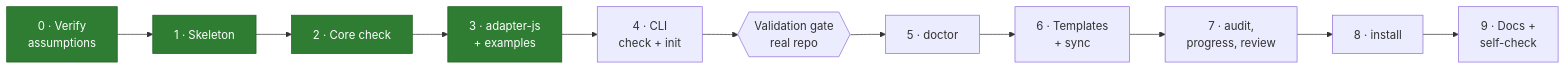
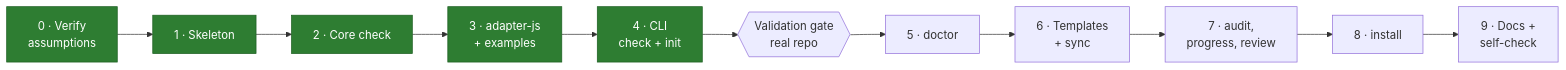
One commit to fredarcito/reins changed the ninth of 9 diagrams in README.md. Above: the diagram before and after it, drawn with Mermaid. The commit also changed other lines of this file and 27 other files, not shown here.

````diff
--- a/README.md
+++ b/README.md
@@ -302,8 +340,8 @@
 ```mermaid
 flowchart LR
     p0["0 · Verify<br/>assumptions"]:::done --> p1["1 · Skeleton"]:::done
-    p1 --> p2["2 · Core check"]:::done --> p3["3 · adapter-js<br/>+ examples"]:::done --> p4["4 · CLI<br/>check + init"]
+    p1 --> p2["2 · Core check"]:::done --> p3["3 · adapter-js<br/>+ examples"]:::done --> p4["4 · CLI<br/>check + init"]:::done
     p4 --> gate{{"Validation gate<br/>real repo"}}
     gate --> p5["5 · doctor"] --> p6["6 · Templates<br/>+ sync"] --> p7["7 · audit,<br/>progress, review"] --> p8["8 · install"] --> p9["9 · Docs +<br/>self-check"]
     classDef done fill:#2e7d32,color:#fff,stroke:#1b5e20
 ```
````
